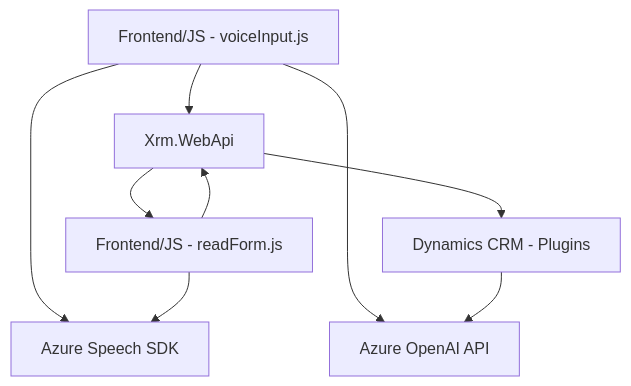
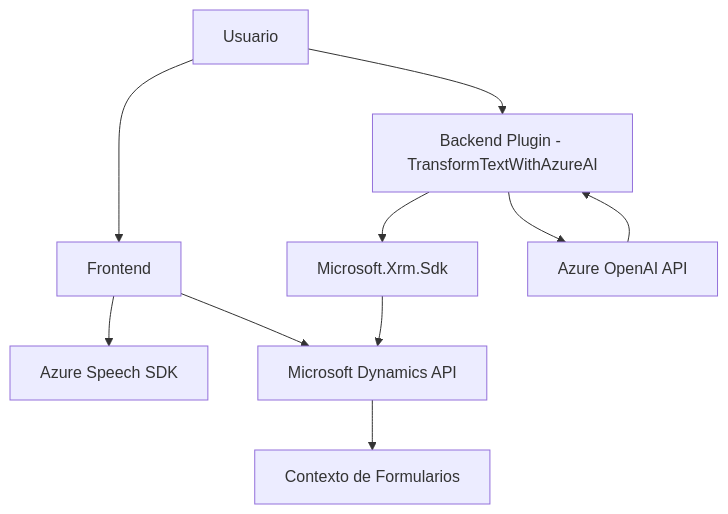
The diagram in README.md (blopezdm/NETCORE_BILBAO2025), drawn with Mermaid before and after one commit. The commit also changed other lines of this file, not shown here.

````diff
--- a/README.md
+++ b/README.md
@@ -54,18 +40,13 @@
 ```mermaid
 graph TD
-    A["Frontend/JS - voiceInput.js"]
-    B["Frontend/JS - readForm.js"]
-    C["Azure Speech SDK"]
-    D["Dynamics CRM - Plugins"]
-    E["Azure OpenAI API"]
-    F["Xrm.WebApi"]
-
-    A --> C
-    B --> C
-    A --> F
-    A --> E
-    B --> F
-    D --> E
-    F --> B
-    F --> D
+  A["Usuario"] --> B["Frontend"]
+  B["Frontend"] --> C["Azure Speech SDK"]
+  B["Frontend"] --> D["Microsoft Dynamics API"]
+  D --> E["Contexto de Formularios"]
+  
+  A["Usuario"] --> F["Backend Plugin - TransformTextWithAzureAI"]
+  F --> G["Microsoft.Xrm.Sdk"]
+  F --> H["Azure OpenAI API"]
+  G --> D
+  H --> F
 ```
````
